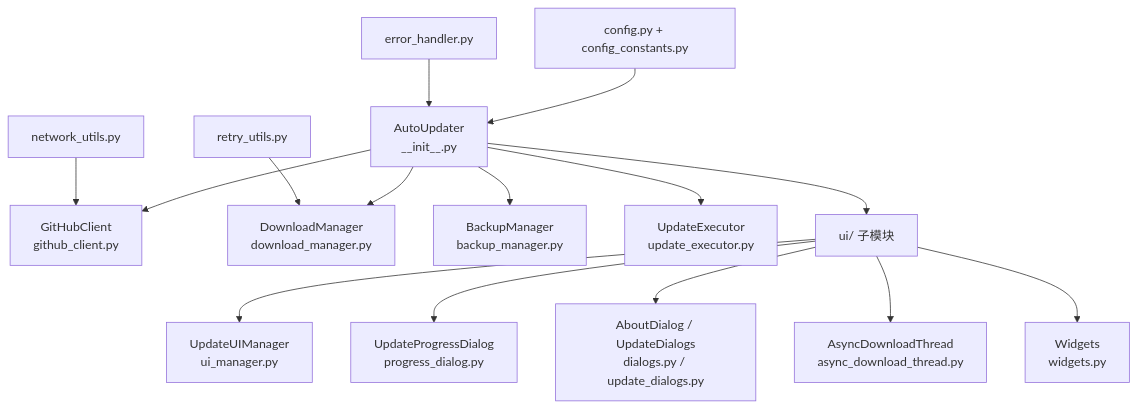
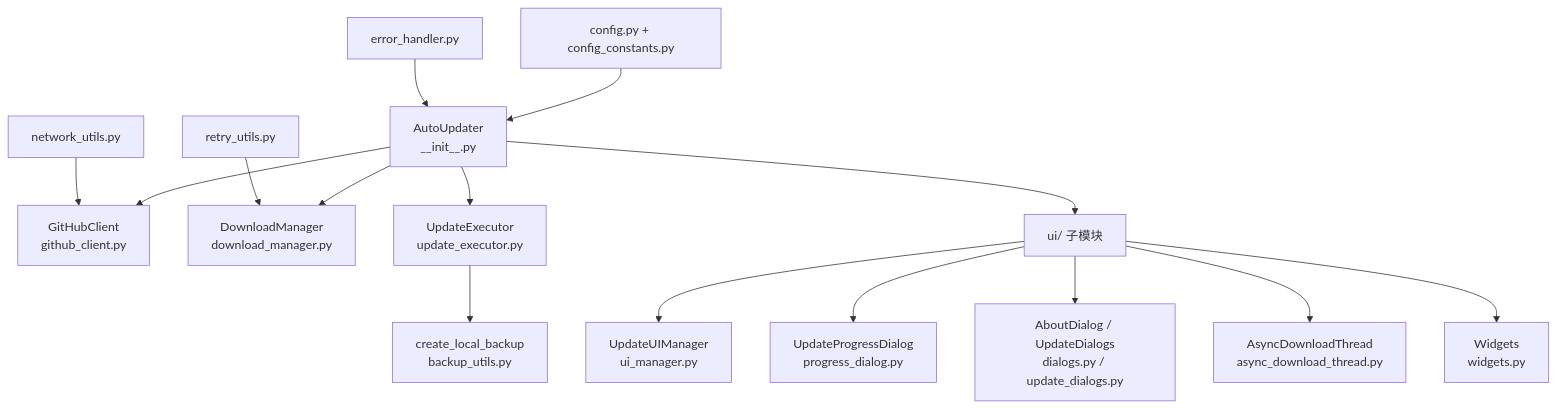
One commit to chen-huai/Sap_Operation_HDL changed the diagram in auto_updater/CLAUDE.md. Above: the diagram before and after it, drawn with Mermaid. The commit also changed other lines of this file and 6 other files, not shown here.

First line of the commit message:
refactor(auto_updater): 移除 BackupManager 类并简化备份功能

````diff
--- a/auto_updater/CLAUDE.md
+++ b/auto_updater/CLAUDE.md
@@ -11,19 +11,19 @@
 ```mermaid
 graph TD
     A[AutoUpdater<br/>__init__.py] --> B[GitHubClient<br/>github_client.py]
     A --> C[DownloadManager<br/>download_manager.py]
-    A --> D[BackupManager<br/>backup_manager.py]
     A --> E[UpdateExecutor<br/>update_executor.py]
+    E --> D[create_local_backup<br/>backup_utils.py]
     A --> F[ui/ 子模块]
 
     F --> F1[UpdateUIManager<br/>ui_manager.py]
     F --> F2[UpdateProgressDialog<br/>progress_dialog.py]
     F --> F3[AboutDialog / UpdateDialogs<br/>dialogs.py / update_dialogs.py]
     F --> F4[AsyncDownloadThread<br/>async_download_thread.py]
     F --> F5[Widgets<br/>widgets.py]
 
     G[config.py + config_constants.py] --> A
     H[network_utils.py] --> B
     I[retry_utils.py] --> C
     J[error_handler.py] --> A
 ```
````
